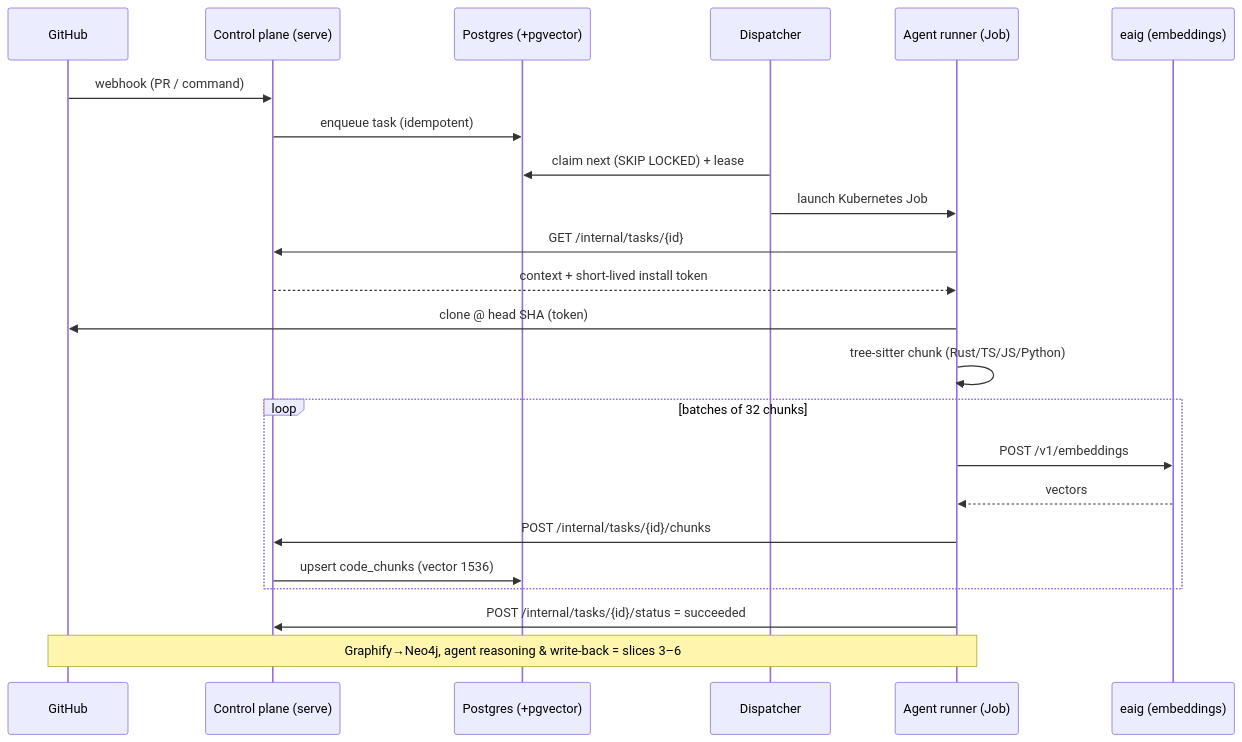
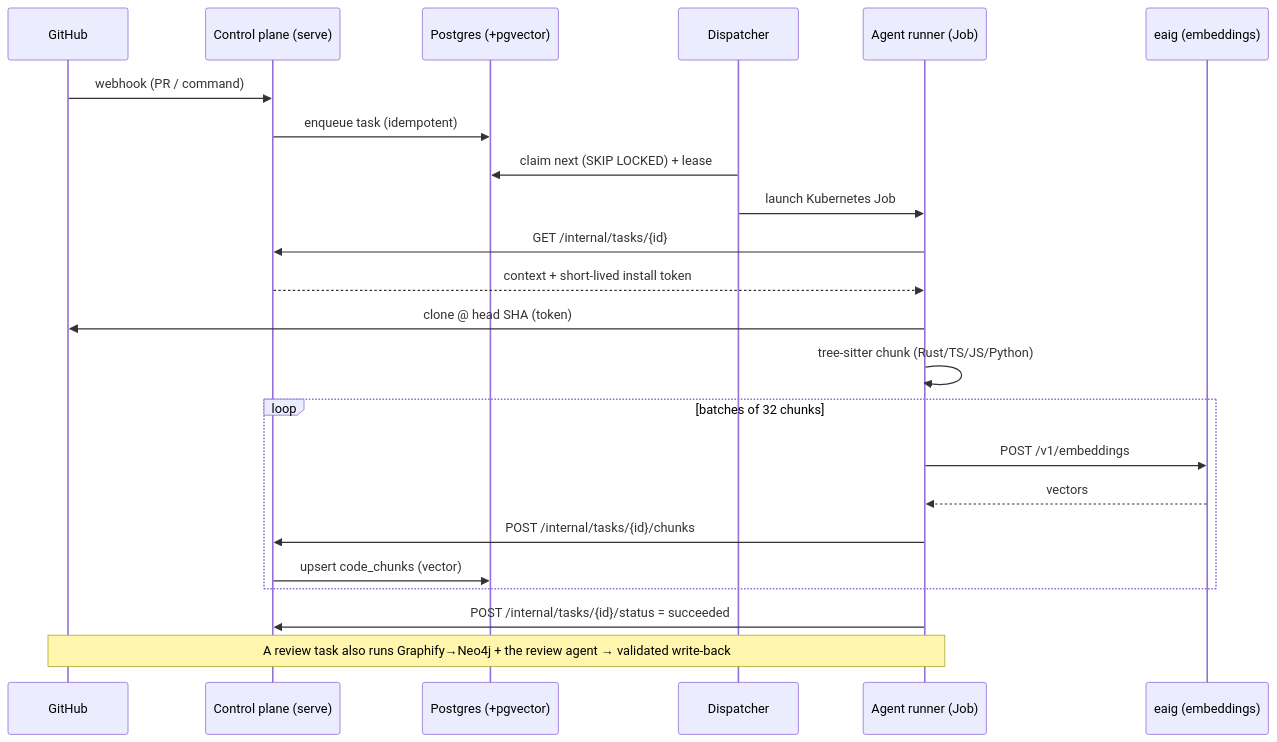
Before and after one commit to vymalo/lightbridge-code-intelligence: the fourth of 4 diagrams in README.md, drawn with Mermaid. The commit also changed other lines of this file and 7 other files, not shown here.

````diff
--- a/README.md
+++ b/README.md
@@ -160,26 +165,26 @@
 ```mermaid
 sequenceDiagram
     participant GH as GitHub
     participant CP as Control plane (serve)
     participant DB as Postgres (+pgvector)
     participant DP as Dispatcher
     participant R as Agent runner (Job)
     participant E as eaig (embeddings)
 
     GH->>CP: webhook (PR / command)
     CP->>DB: enqueue task (idempotent)
     DP->>DB: claim next (SKIP LOCKED) + lease
     DP->>R: launch Kubernetes Job
     R->>CP: GET /internal/tasks/{id}
     CP-->>R: context + short-lived install token
     R->>GH: clone @ head SHA (token)
     R->>R: tree-sitter chunk (Rust/TS/JS/Python)
     loop batches of 32 chunks
         R->>E: POST /v1/embeddings
         E-->>R: vectors
         R->>CP: POST /internal/tasks/{id}/chunks
-        CP->>DB: upsert code_chunks (vector 1536)
+        CP->>DB: upsert code_chunks (vector)
     end
     R->>CP: POST /internal/tasks/{id}/status = succeeded
-    Note over R,GH: Graphify→Neo4j, agent reasoning & write-back = slices 3–6
+    Note over R,GH: A review task also runs Graphify→Neo4j + the review agent → validated write-back
 ```
````
